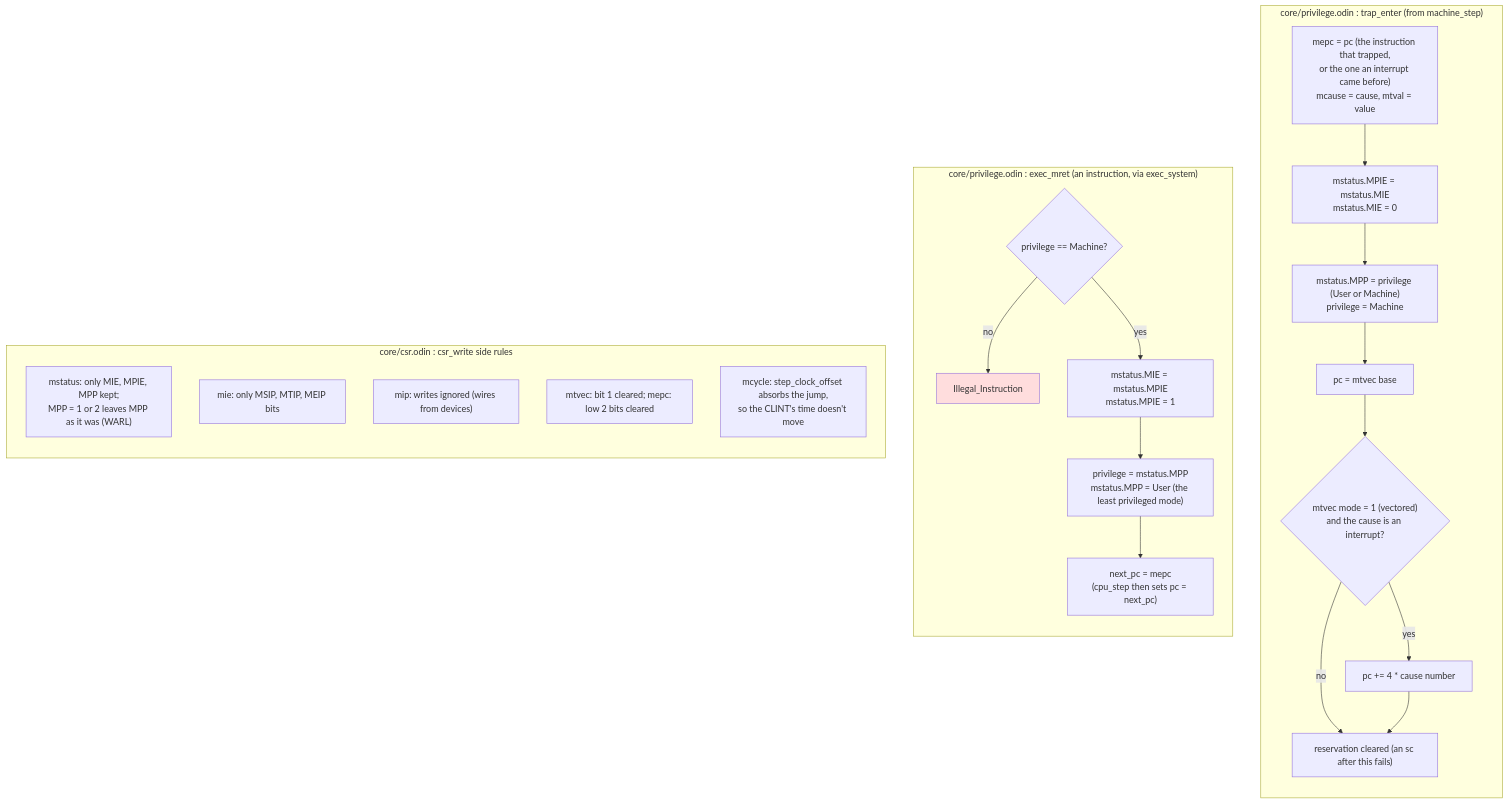
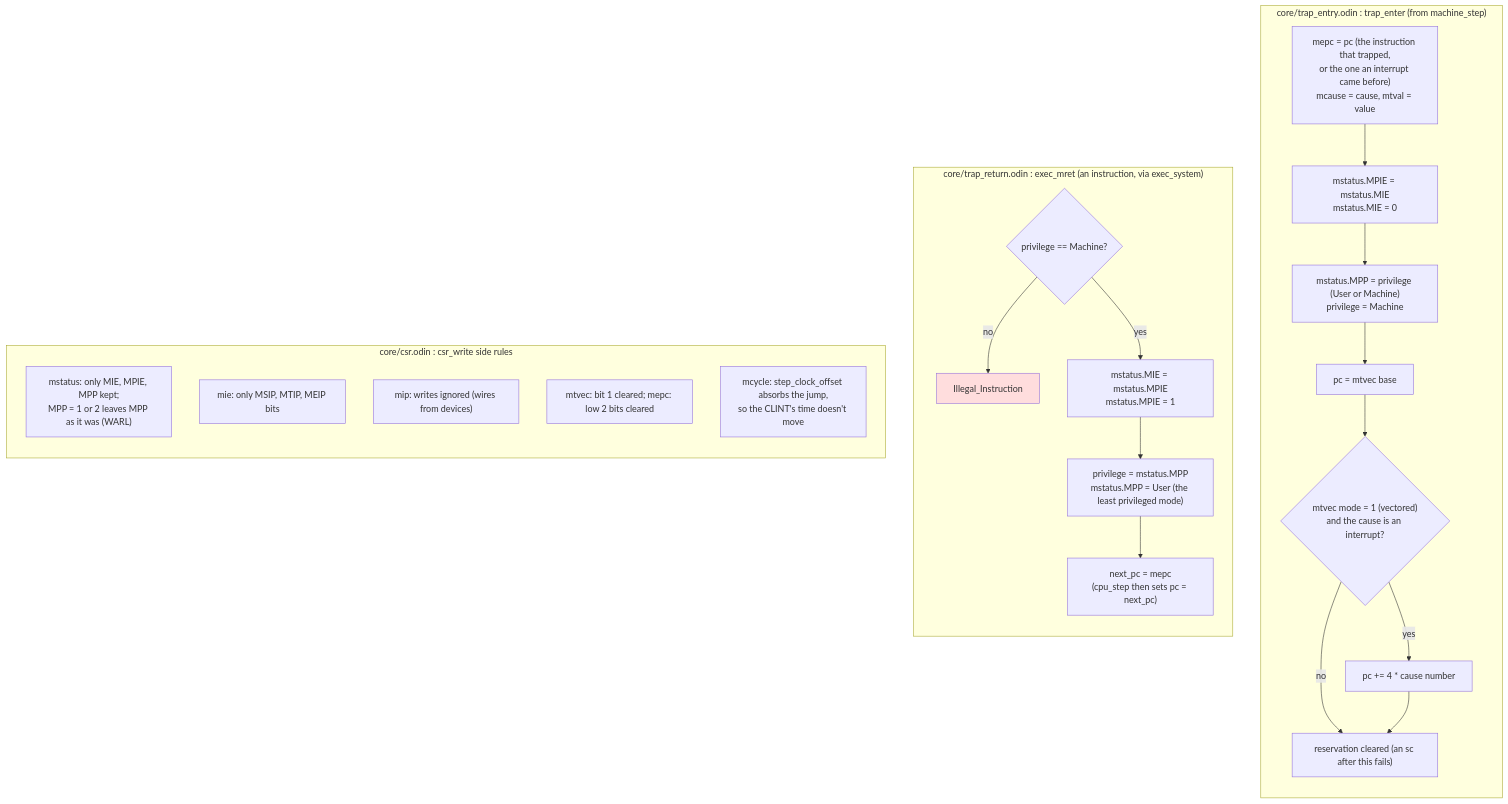
The seventh of 8 diagrams in docs/machine_flow.md (CodeHariK/RiscVLab), drawn with Mermaid before and after one commit. The commit also changed 15 other files, not shown here.

First line of the commit message:
Split privilege.odin: levels, trap entry, trap return

````diff
--- a/docs/machine_flow.md
+++ b/docs/machine_flow.md
@@ -401,36 +401,36 @@
 ```mermaid
 flowchart TD
-  subgraph TE["core/privilege.odin : trap_enter (from machine_step)"]
+  subgraph TE["core/trap_entry.odin : trap_enter (from machine_step)"]
     direction TB
     E1["mepc = pc (the instruction that trapped,<br/>or the one an interrupt came before)<br/>mcause = cause, mtval = value"]
     E1 --> E2["mstatus.MPIE = mstatus.MIE<br/>mstatus.MIE = 0"]
     E2 --> E3["mstatus.MPP = privilege (User or Machine)<br/>privilege = Machine"]
     E3 --> E4["pc = mtvec base"]
     E4 --> E5{"mtvec mode = 1 (vectored)<br/>and the cause is an interrupt?"}
     E5 -- yes --> E6["pc += 4 * cause number"]
     E5 -- no --> E7
     E6 --> E7["reservation cleared (an sc after this fails)"]
   end
 
-  subgraph MR["core/privilege.odin : exec_mret (an instruction, via exec_system)"]
+  subgraph MR["core/trap_return.odin : exec_mret (an instruction, via exec_system)"]
 
     direction TB
     R0{"privilege == Machine?"}
     R0 -- no --> RILL["Illegal_Instruction"]
     R0 -- yes --> R1["mstatus.MIE = mstatus.MPIE<br/>mstatus.MPIE = 1"]
     R1 --> R2["privilege = mstatus.MPP<br/>mstatus.MPP = User (the least privileged mode)"]
     R2 --> R3["next_pc = mepc<br/>(cpu_step then sets pc = next_pc)"]
   end
 
   subgraph CSRW["core/csr.odin : csr_write side rules"]
 
     direction TB
     W1["mstatus: only MIE, MPIE, MPP kept;<br/>MPP = 1 or 2 leaves MPP as it was (WARL)"]
     W2["mie: only MSIP, MTIP, MEIP bits"]
     W3["mip: writes ignored (wires from devices)"]
     W4["mtvec: bit 1 cleared; mepc: low 2 bits cleared"]
     W5["mcycle: step_clock_offset absorbs the jump,<br/>so the CLINT's time doesn't move"]
   end
 
   style RILL fill:#fdd
 ```
````
